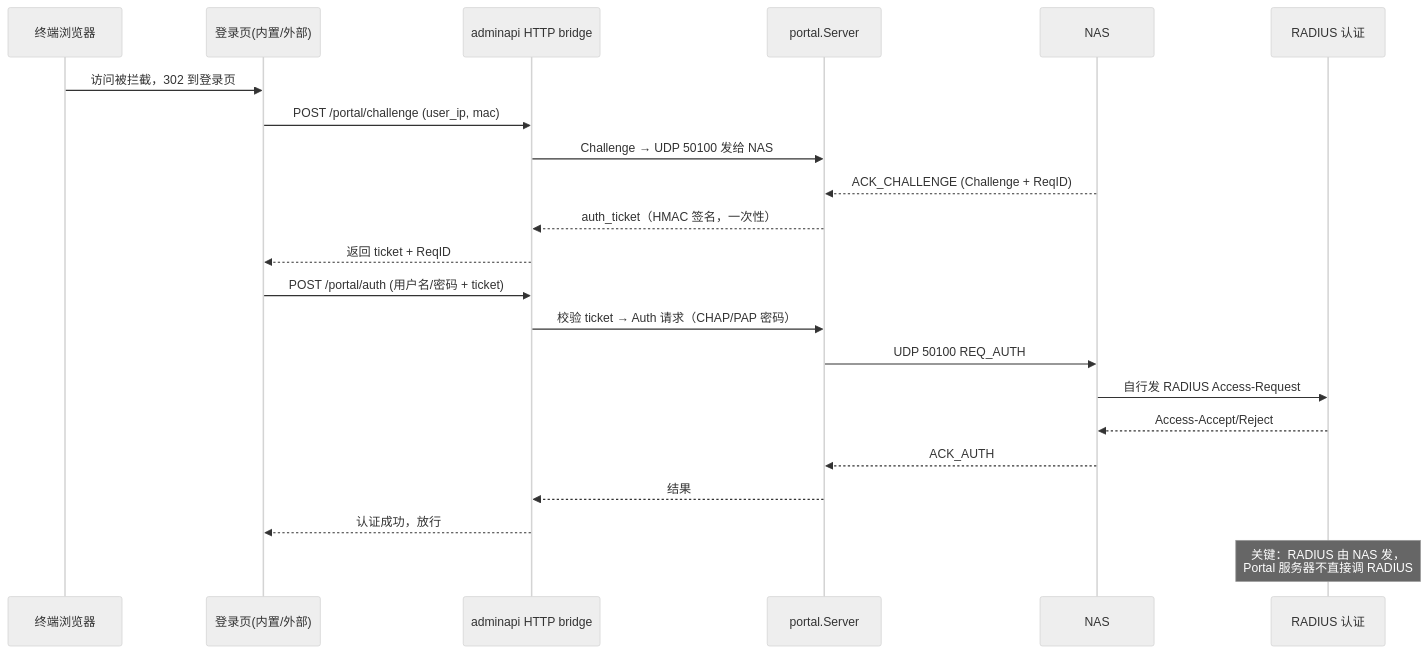
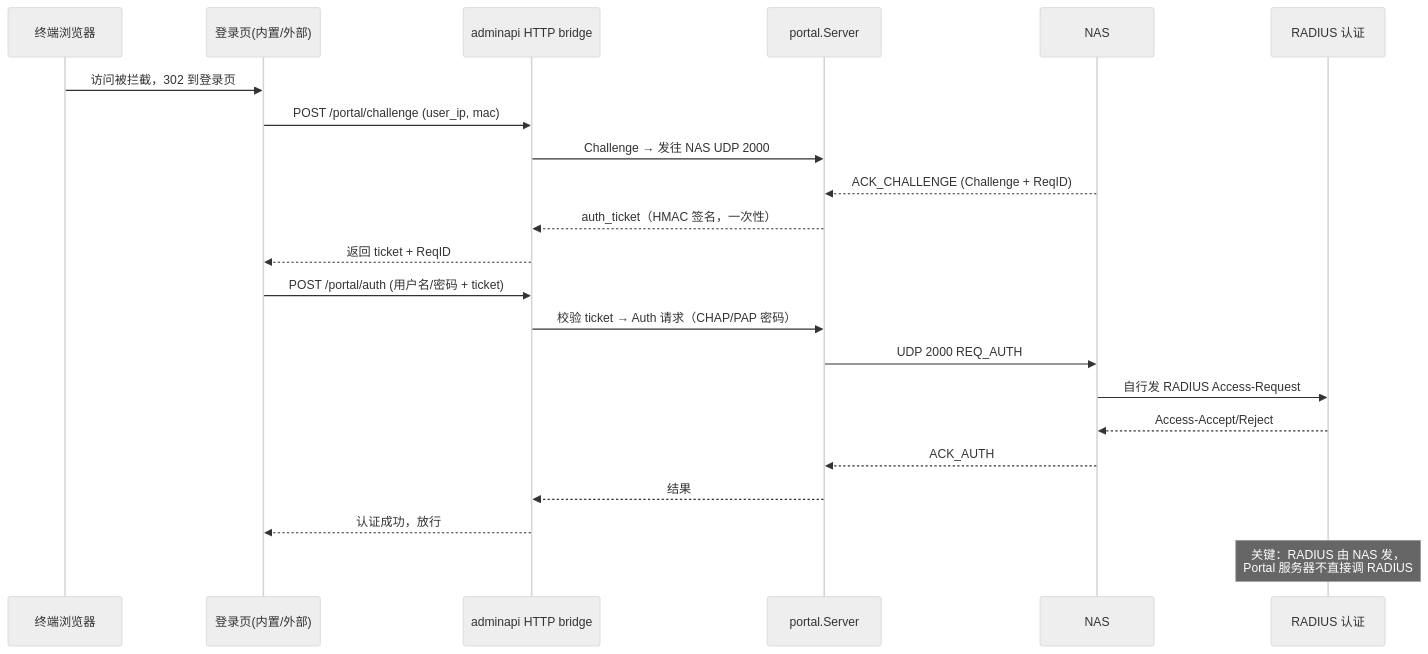
The fifth of 8 diagrams in docs/PROJECT-GUIDE.md (fanchaoping37/toughradius), drawn with Mermaid (neutral theme) before and after one commit. The commit also changed other lines of this file and 7 other files, not shown here.

Commit message:
docs: freeze 7 business clarifications (architecture baseline only, no code changes)

````diff
--- a/docs/PROJECT-GUIDE.md
+++ b/docs/PROJECT-GUIDE.md
@@ -191,25 +220,25 @@
 ```mermaid
 sequenceDiagram
     participant U as 终端浏览器
     participant L as 登录页(内置/外部)
     participant API as adminapi HTTP bridge
     participant PS as portal.Server
     participant NAS
     participant RAD as RADIUS 认证
 
     U->>L: 访问被拦截，302 到登录页
     L->>API: POST /portal/challenge (user_ip, mac)
-    API->>PS: Challenge → UDP 50100 发给 NAS
+    API->>PS: Challenge → 发往 NAS UDP 2000
     NAS-->>PS: ACK_CHALLENGE (Challenge + ReqID)
     PS-->>API: auth_ticket（HMAC 签名，一次性）
     API-->>L: 返回 ticket + ReqID
     L->>API: POST /portal/auth (用户名/密码 + ticket)
     API->>PS: 校验 ticket → Auth 请求（CHAP/PAP 密码）
-    PS->>NAS: UDP 50100 REQ_AUTH
+    PS->>NAS: UDP 2000 REQ_AUTH
     NAS->>RAD: 自行发 RADIUS Access-Request
     RAD-->>NAS: Access-Accept/Reject
     NAS-->>PS: ACK_AUTH
     PS-->>API: 结果
     API-->>L: 认证成功，放行
     Note over RAD: 关键：RADIUS 由 NAS 发，<br/>Portal 服务器不直接调 RADIUS
 ```
````
